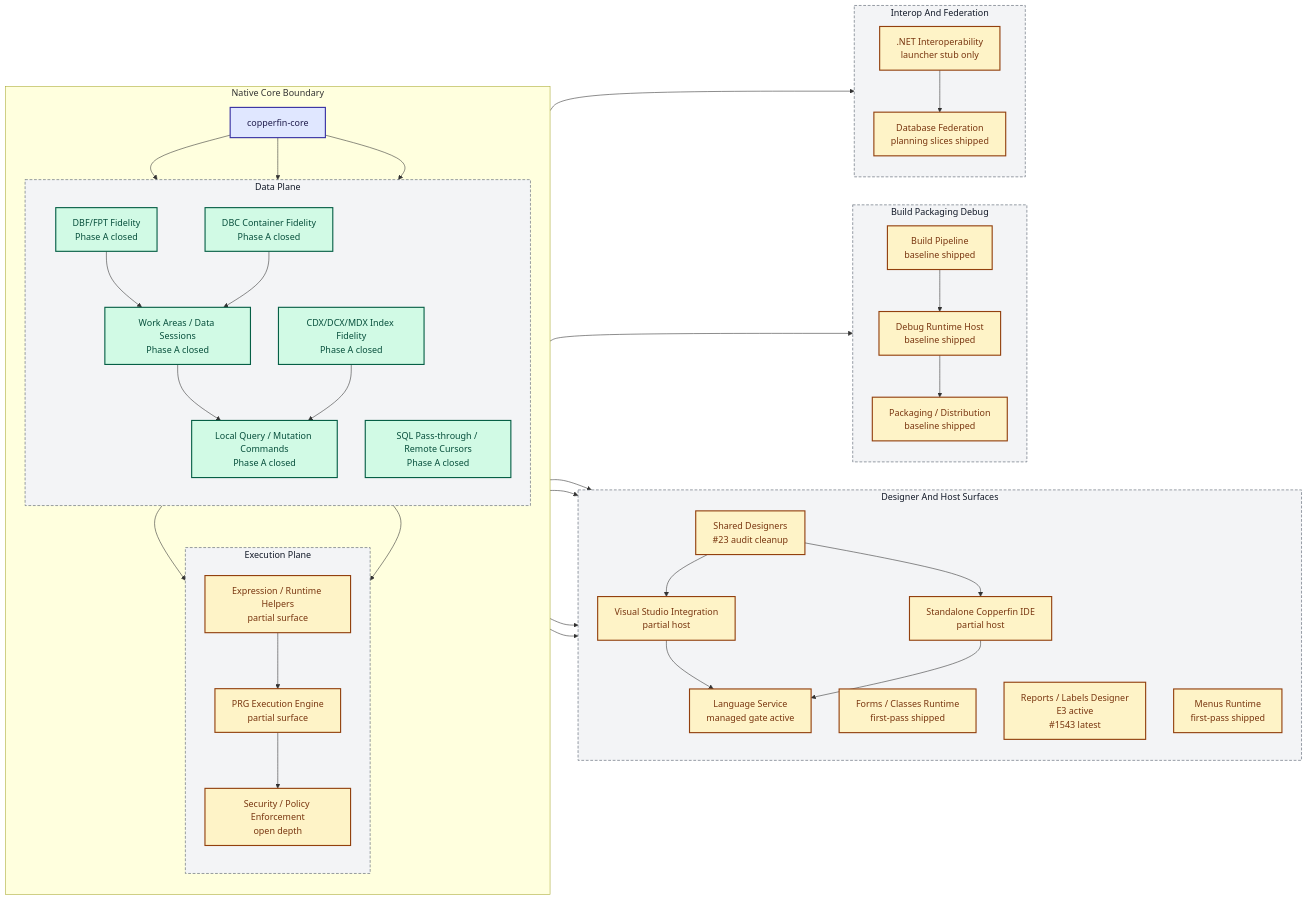
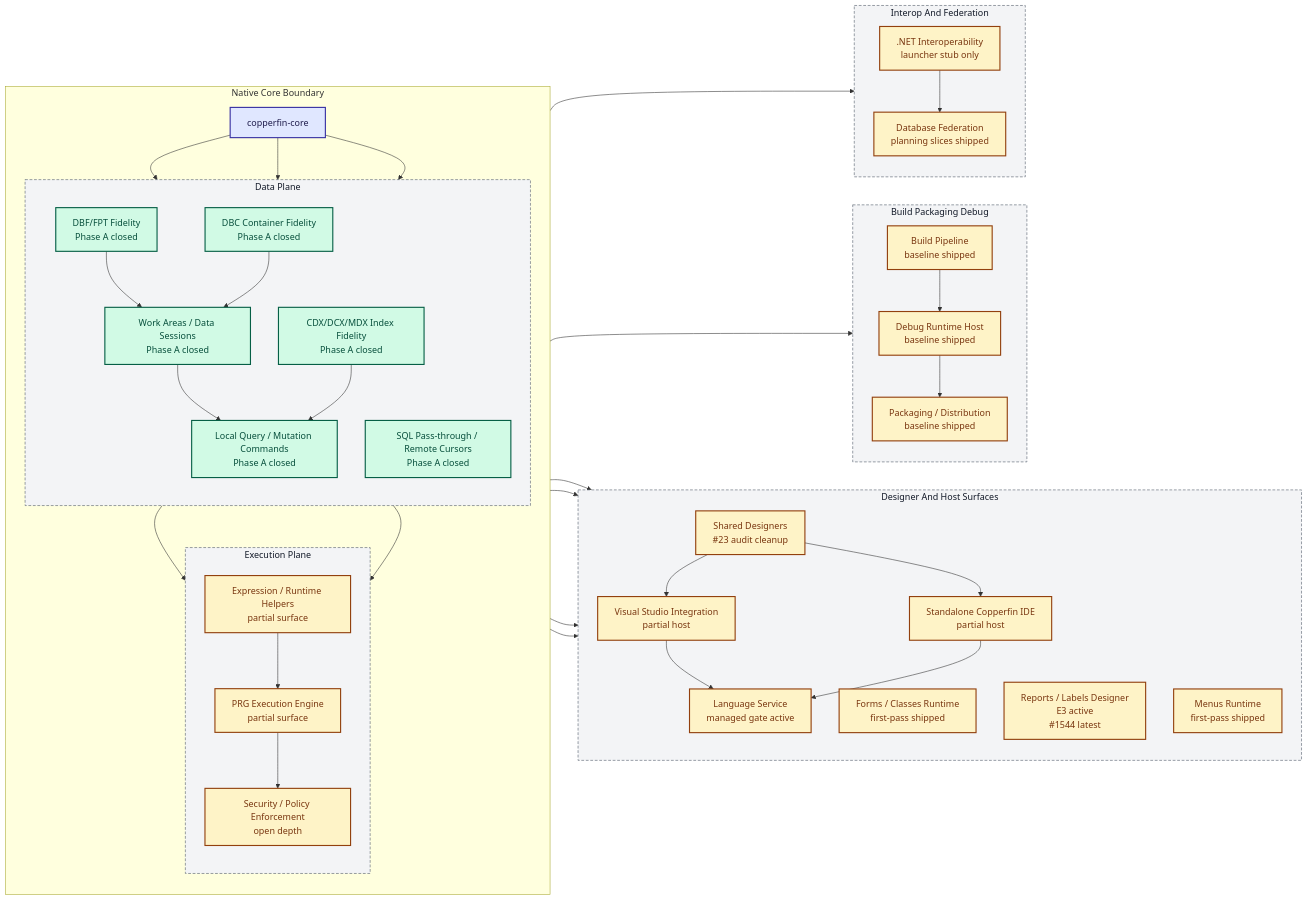
The diagram in docs/02-architecture.md (rhamenator/Project-Copperfin), drawn with Mermaid before and after one commit. The commit also changed 8 other files, not shown here.

```diff
--- a/docs/02-architecture.md
+++ b/docs/02-architecture.md
@@ -36,7 +36,7 @@
         direction TB
         DES["Shared Designers<br/>#23 audit cleanup"]
         FORMS["Forms / Classes Runtime<br/>first-pass shipped"]
-        RPT["Reports / Labels Designer<br/>E3 active<br/>#1543 latest"]
+        RPT["Reports / Labels Designer<br/>E3 active<br/>#1544 latest"]
         MENU["Menus Runtime<br/>first-pass shipped"]
         VS["Visual Studio Integration<br/>partial host"]
         IDE["Standalone Copperfin IDE<br/>partial host"]
```
